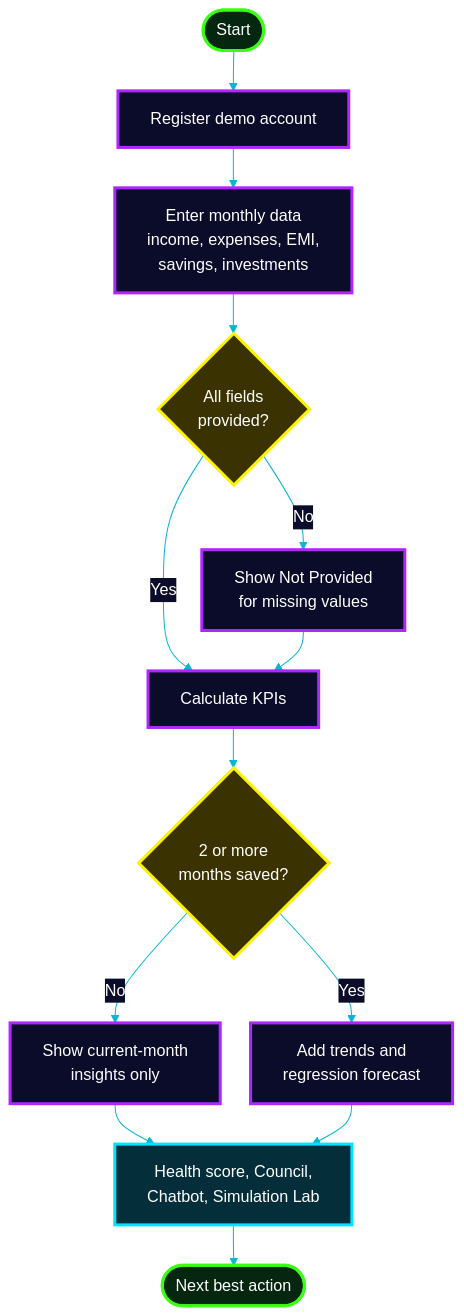
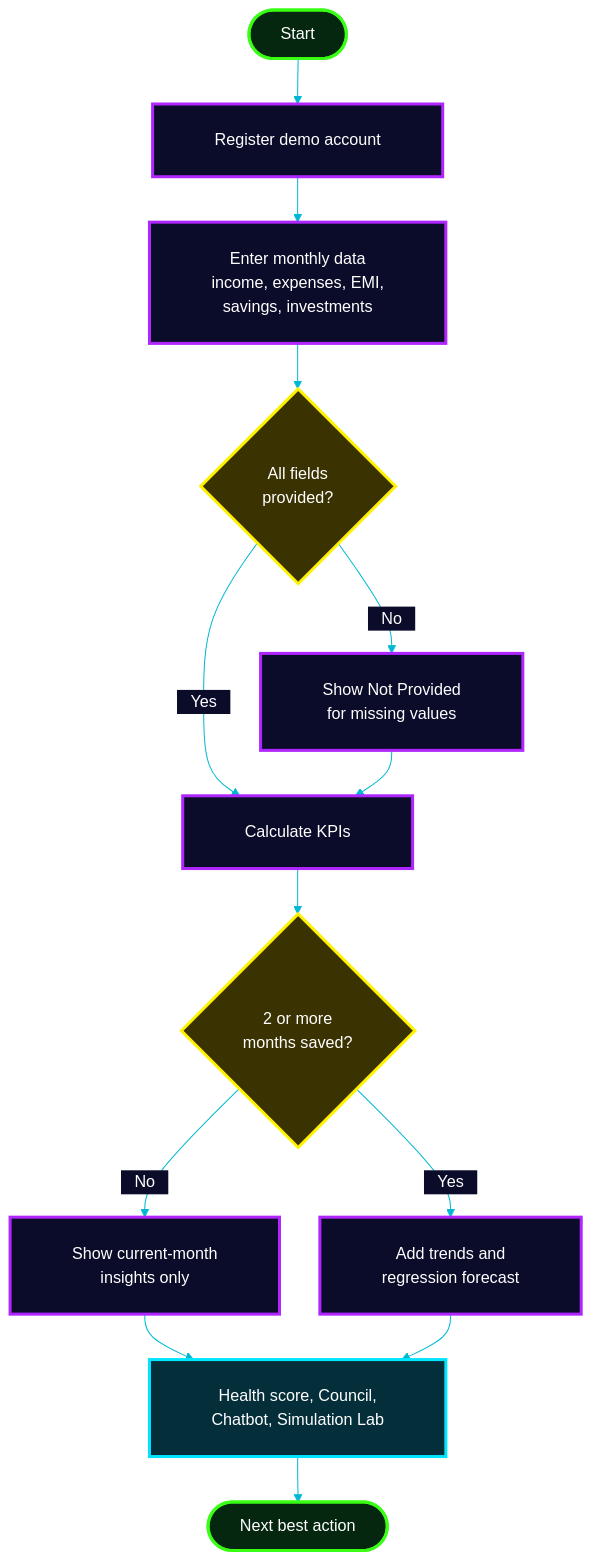
Before and after one commit to Mansi232323/MANSHORA: the fifth of 17 diagrams in README.md, drawn with Mermaid. The commit also changed other lines of this file, not shown here.

````diff
--- a/README.md
+++ b/README.md
@@ -231,24 +231,24 @@
 ```mermaid
-%%{init: {'theme':'base','themeVariables':{'fontSize':'16px','fontFamily':'Arial, Helvetica, sans-serif','primaryColor':'#0b0b2a','primaryTextColor':'#ffffff','primaryBorderColor':'#b026ff','lineColor':'#00b8d4','textColor':'#ffffff','edgeLabelBackground':'#0b0b2a'},'flowchart':{'htmlLabels':true,'nodeSpacing':30,'rankSpacing':40,'padding':16,'curve':'basis','wrappingWidth':240,'useMaxWidth':true}}}%%
+%%{init: {'theme':'base','themeVariables':{'fontSize':'16px','primaryColor':'#0b0b2a','primaryTextColor':'#ffffff','primaryBorderColor':'#b026ff','lineColor':'#00b8d4','textColor':'#ffffff','edgeLabelBackground':'#0b0b2a'},'flowchart':{'htmlLabels':true,'nodeSpacing':40,'rankSpacing':45,'padding':24,'curve':'basis','wrappingWidth':400,'useMaxWidth':true}}}%%
 flowchart TD
-    S(["Start"]) --> R["Register demo account"]
-    R --> I["Enter monthly data<br/>income, expenses, EMI,<br/>savings, investments"]
-    I --> Q{"All fields<br/>provided?"}
-    Q -- "No" --> NP["Show Not Provided<br/>for missing values"]
-    Q -- "Yes" --> CALC["Calculate KPIs"]
+    S(["&nbsp;&nbsp;&nbsp;Start&nbsp;&nbsp;&nbsp;"]) --> R["&nbsp;&nbsp;&nbsp;Register demo account&nbsp;&nbsp;&nbsp;"]
+    R --> I["&nbsp;&nbsp;&nbsp;Enter monthly data&nbsp;&nbsp;&nbsp;<br/>&nbsp;&nbsp;&nbsp;income, expenses, EMI,&nbsp;&nbsp;&nbsp;<br/>&nbsp;&nbsp;&nbsp;savings, investments&nbsp;&nbsp;&nbsp;"]
+    I --> Q{"&nbsp;&nbsp;&nbsp;All fields&nbsp;&nbsp;&nbsp;<br/>&nbsp;&nbsp;&nbsp;provided?&nbsp;&nbsp;&nbsp;"}
+    Q -- "&nbsp;&nbsp;&nbsp;No&nbsp;&nbsp;&nbsp;" --> NP["&nbsp;&nbsp;&nbsp;Show Not Provided&nbsp;&nbsp;&nbsp;<br/>&nbsp;&nbsp;&nbsp;for missing values&nbsp;&nbsp;&nbsp;"]
+    Q -- "&nbsp;&nbsp;&nbsp;Yes&nbsp;&nbsp;&nbsp;" --> CALC["&nbsp;&nbsp;&nbsp;Calculate KPIs&nbsp;&nbsp;&nbsp;"]
     NP --> CALC
-    CALC --> H{"2 or more<br/>months saved?"}
-    H -- "No" --> SNAP["Show current-month<br/>insights only"]
-    H -- "Yes" --> TREND["Add trends and<br/>regression forecast"]
-    SNAP --> OUT["Health score, Council,<br/>Chatbot, Simulation Lab"]
+    CALC --> H{"&nbsp;&nbsp;&nbsp;2 or more&nbsp;&nbsp;&nbsp;<br/>&nbsp;&nbsp;&nbsp;months saved?&nbsp;&nbsp;&nbsp;"}
+    H -- "&nbsp;&nbsp;&nbsp;No&nbsp;&nbsp;&nbsp;" --> SNAP["&nbsp;&nbsp;&nbsp;Show current-month&nbsp;&nbsp;&nbsp;<br/>&nbsp;&nbsp;&nbsp;insights only&nbsp;&nbsp;&nbsp;"]
+    H -- "&nbsp;&nbsp;&nbsp;Yes&nbsp;&nbsp;&nbsp;" --> TREND["&nbsp;&nbsp;&nbsp;Add trends and&nbsp;&nbsp;&nbsp;<br/>&nbsp;&nbsp;&nbsp;regression forecast&nbsp;&nbsp;&nbsp;"]
+    SNAP --> OUT["&nbsp;&nbsp;&nbsp;Health score, Council,&nbsp;&nbsp;&nbsp;<br/>&nbsp;&nbsp;&nbsp;Chatbot, Simulation Lab&nbsp;&nbsp;&nbsp;"]
     TREND --> OUT
-    OUT --> ACT(["Next best action"])
+    OUT --> ACT(["&nbsp;&nbsp;&nbsp;Next best action&nbsp;&nbsp;&nbsp;"])
     classDef start fill:#05260f,stroke:#39ff14,stroke-width:3px,color:#ffffff
     classDef step fill:#0b0b2a,stroke:#b026ff,stroke-width:3px,color:#ffffff
     classDef decide fill:#3a3200,stroke:#fff200,stroke-width:3px,color:#ffffff
     classDef out fill:#042f3a,stroke:#00e5ff,stroke-width:3px,color:#ffffff
     class S,ACT start
     class R,I,NP,CALC,SNAP,TREND step
     class Q,H decide
     class OUT out
 ```
````
